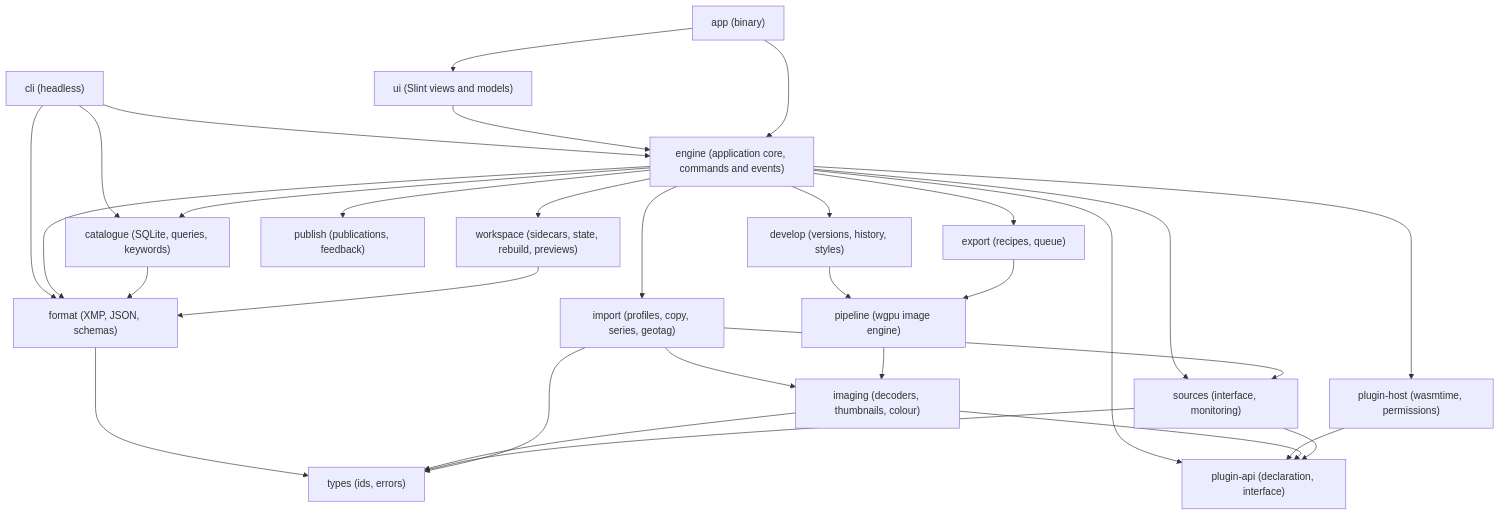
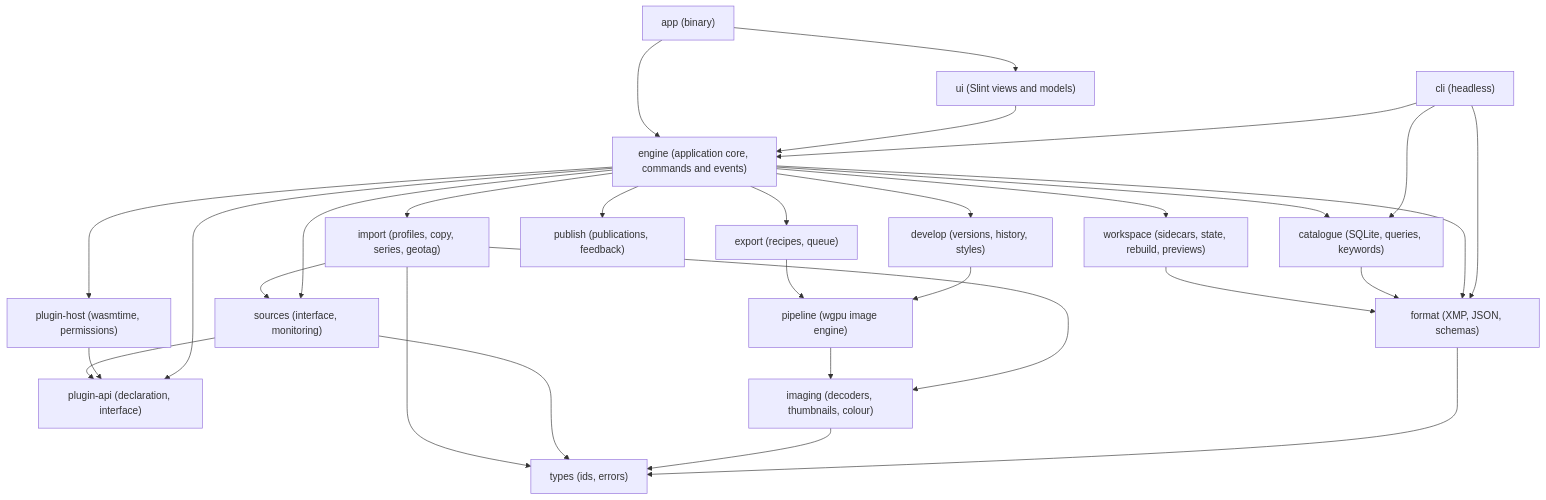
Before and after one commit to patrickfournier/auroraw: the first of 2 diagrams in docs/architecture.md, drawn with Mermaid. The commit also changed other lines of this file and 18 other files, not shown here.

````diff
--- a/docs/architecture.md
+++ b/docs/architecture.md
@@ -68,33 +68,32 @@
 ```mermaid
 flowchart TD
   app["app (binary)"] --> ui["ui (Slint views and models)"]
   cli["cli (headless)"] --> engine
   cli --> catalogue
   cli --> format
   ui --> engine["engine (application core, commands and events)"]
   engine --> develop["develop (versions, history, styles)"]
   engine --> import["import (profiles, copy, series, geotag)"]
   engine --> export["export (recipes, queue)"]
   engine --> publish["publish (publications, feedback)"]
   engine --> catalogue["catalogue (SQLite, queries, keywords)"]
   engine --> workspace["workspace (sidecars, state, rebuild, previews)"]
   engine --> sources["sources (interface, monitoring)"]
   engine --> host["plugin-host (wasmtime, permissions)"]
   engine --> format
   engine --> api
   develop --> pipeline["pipeline (wgpu image engine)"]
   export --> pipeline
   import --> imaging["imaging (decoders, thumbnails, colour)"]
   pipeline --> imaging
   catalogue --> format["format (XMP, JSON, schemas)"]
   workspace --> format
   host --> api["plugin-api (declaration, interface)"]
   format --> types["types (ids, errors)"]
   imaging --> types
-  imaging --> api
   sources --> api
   sources --> types
   import --> sources
   import --> types
   app --> engine
 ```
````
